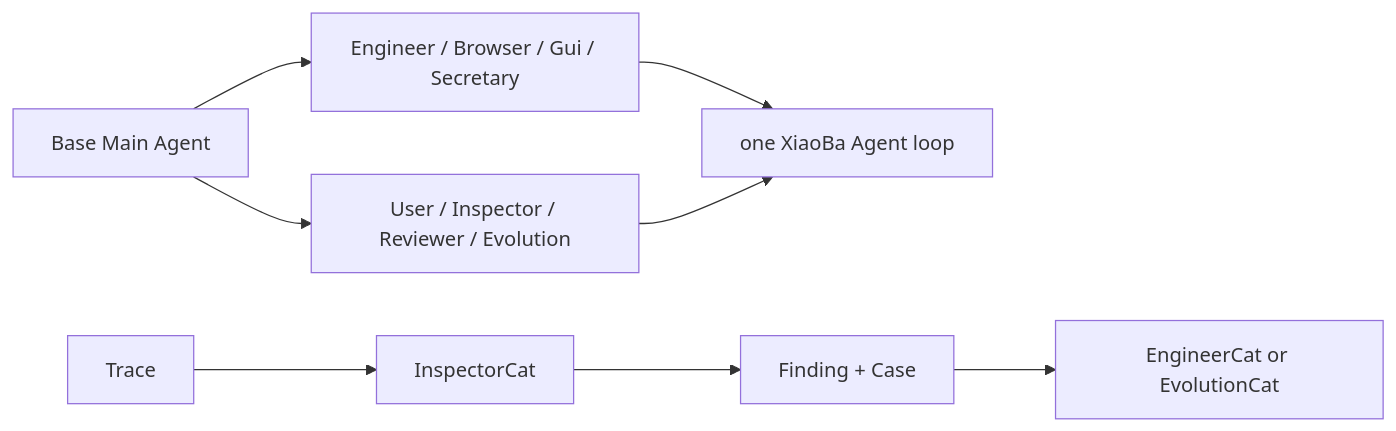
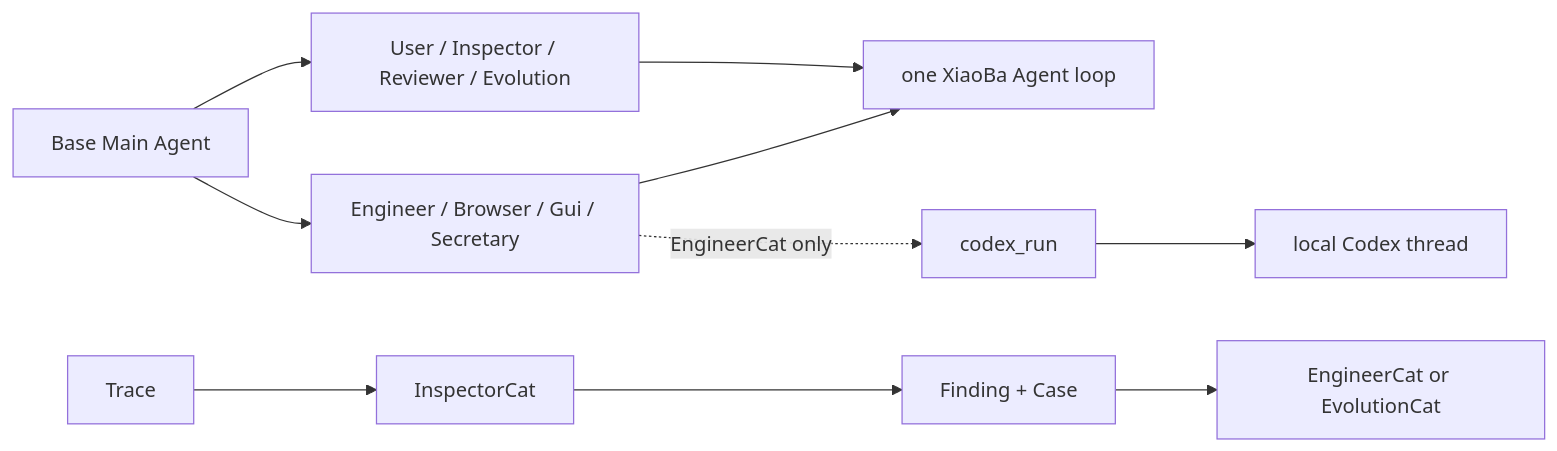
The first of 2 diagrams in docs/roles-skills/SPEC.md (fightheyyy/xiaobaOS), drawn with Mermaid before and after one commit. The commit also changed other lines of this file and 22 other files, not shown here.

Commit message:
Add EngineerCat Codex SDK adapter

````diff
--- a/docs/roles-skills/SPEC.md
+++ b/docs/roles-skills/SPEC.md
@@ -55,11 +56,13 @@
 ```mermaid
 flowchart LR
     Base["Base Main Agent"] --> Execute["Engineer / Browser / Gui / Secretary"]
     Base --> Improve["User / Inspector / Reviewer / Evolution"]
     Execute --> Runtime["one XiaoBa Agent loop"]
     Improve --> Runtime
+    Execute -. "EngineerCat only" .-> CodexAdapter["codex_run"]
+    CodexAdapter --> Codex["local Codex thread"]
 
     Trace["Trace"] --> Inspector["InspectorCat"]
     Inspector --> Pair["Finding + Case"]
     Pair --> Candidate["EngineerCat or EvolutionCat"]
 ```
````
